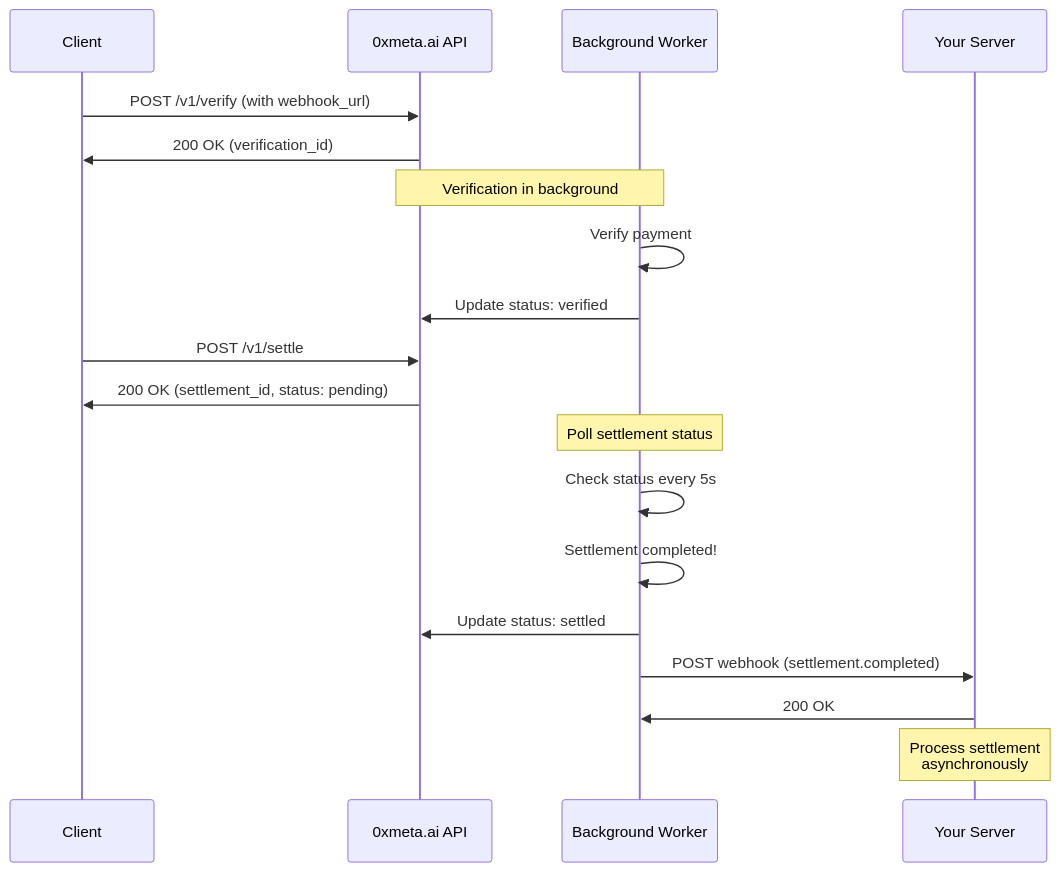
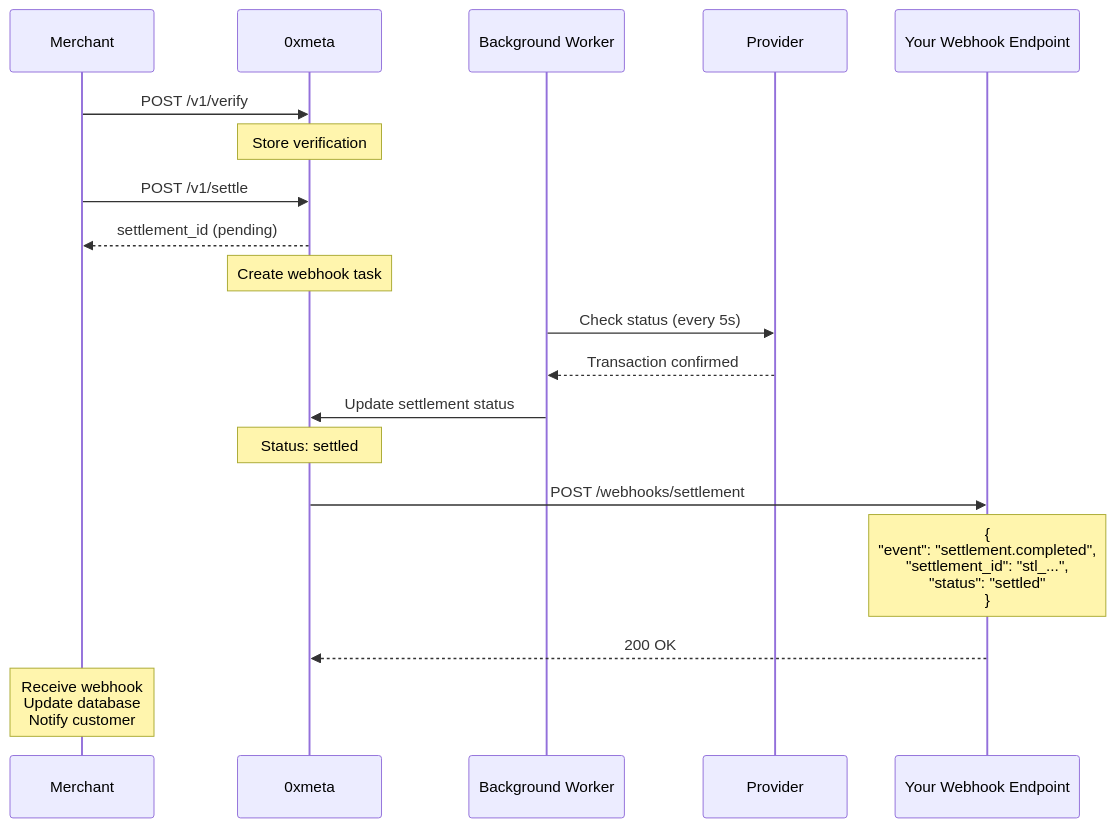
Before and after one commit to cascadingGeek/docs: the first of 2 diagrams in api-reference/webhooks.mdx, drawn with Mermaid. The commit also changed other lines of this file and 18 other files, not shown here.

````diff
--- a/api-reference/webhooks.mdx
+++ b/api-reference/webhooks.mdx
@@ -293,29 +14,28 @@
 ```mermaid
 sequenceDiagram
-    participant Client
-    participant API as 0xmeta.ai API
+    participant Merchant
+    participant 0xmeta
     participant Worker as Background Worker
-    participant Webhook as Your Server
+    participant Provider
+    participant Webhook as Your Webhook Endpoint
 
-    Client->>API: POST /v1/verify (with webhook_url)
-    API->>Client: 200 OK (verification_id)
+    Merchant->>0xmeta: POST /v1/verify
+    Note over 0xmeta: Store verification
 
-    Note over API,Worker: Verification in background
+    Merchant->>0xmeta: POST /v1/settle
+    0xmeta-->>Merchant: settlement_id (pending)
+    Note over 0xmeta: Create webhook task
 
-    Worker->>Worker: Verify payment
-    Worker->>API: Update status: verified
+    Worker->>Provider: Check status (every 5s)
+    Provider-->>Worker: Transaction confirmed
 
-    Client->>API: POST /v1/settle
-    API->>Client: 200 OK (settlement_id, status: pending)
+    Worker->>0xmeta: Update settlement status
+    Note over 0xmeta: Status: settled
 
-    Note over Worker: Poll settlement status
+    0xmeta->>Webhook: POST /webhooks/settlement
+    Note over Webhook: {<br/>  "event": "settlement.completed",<br/>  "settlement_id": "stl_...",<br/>  "status": "settled"<br/>}
 
-    Worker->>Worker: Check status every 5s
-    Worker->>Worker: Settlement completed!
-    Worker->>API: Update status: settled
+    Webhook-->>0xmeta: 200 OK
 
-    Worker->>Webhook: POST webhook (settlement.completed)
-    Webhook->>Worker: 200 OK
-
-    Note over Webhook: Process settlement<br/>asynchronously
+    Note over Merchant: Receive webhook<br/>Update database<br/>Notify customer
 ```
````
